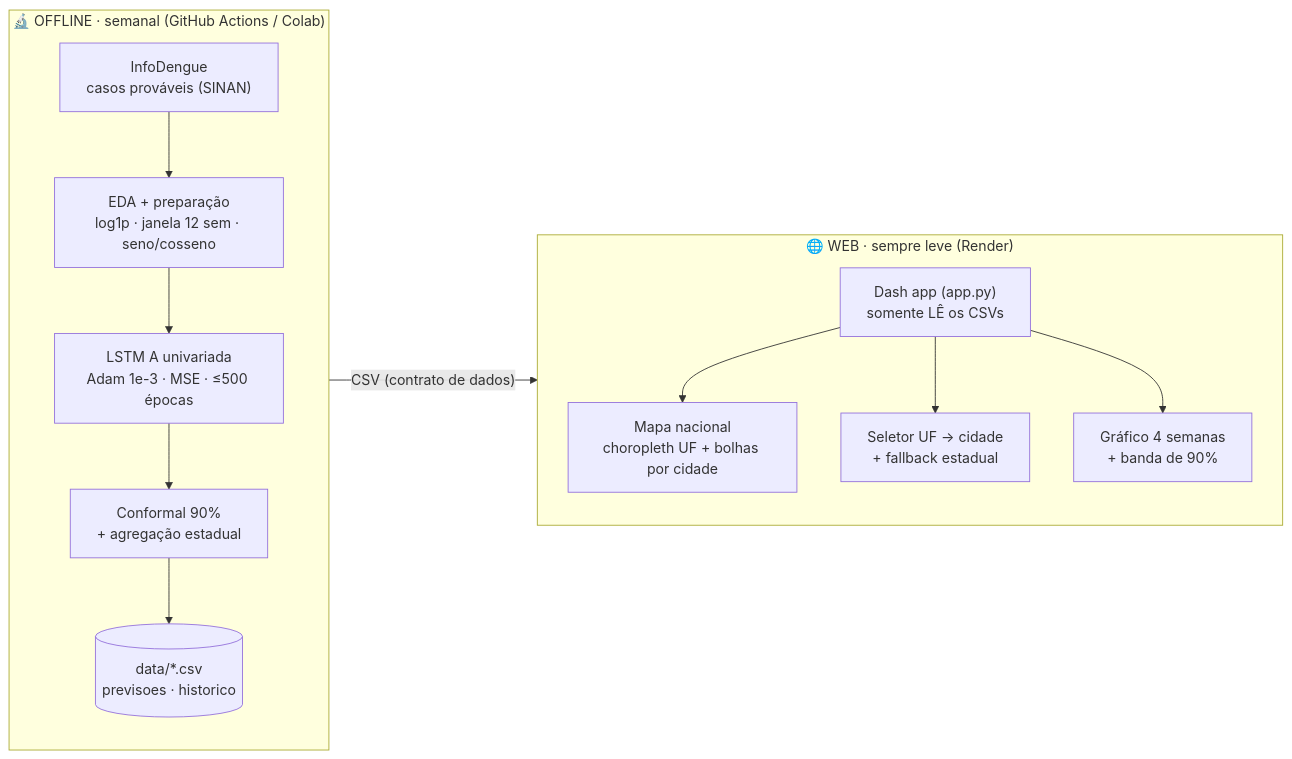
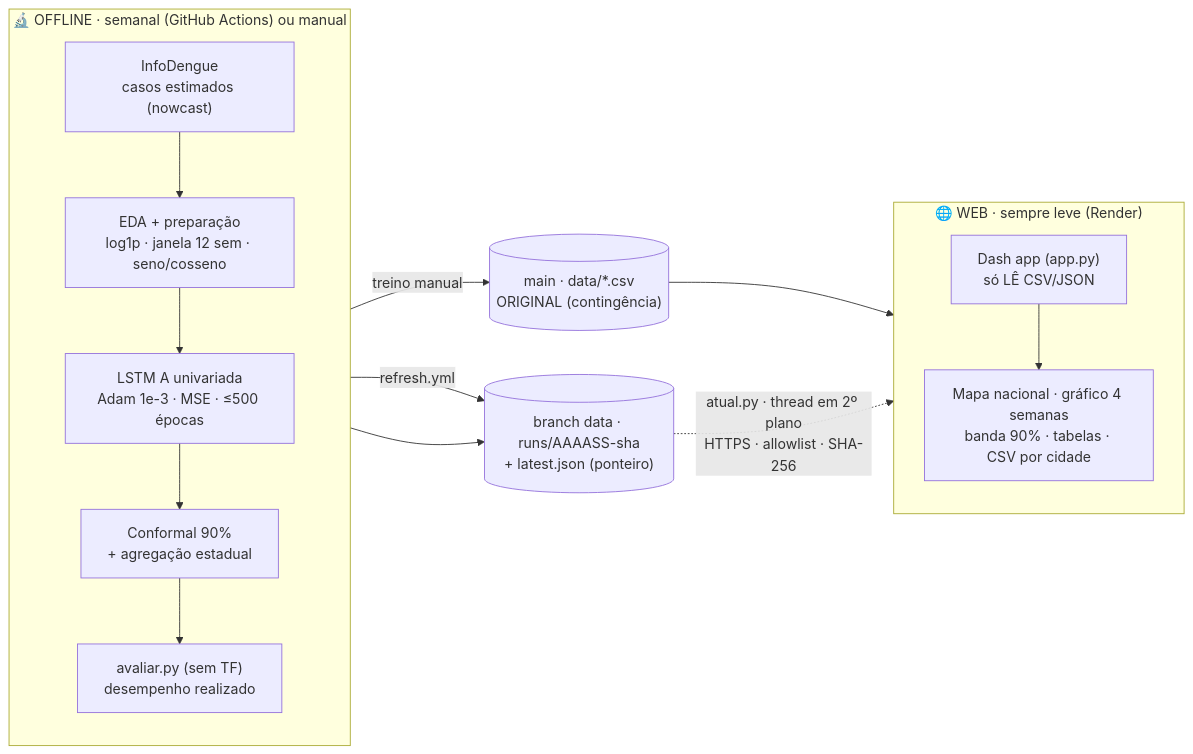
Before and after one commit to fernando-aramis/dengue-lstm-forecast: the first of 2 diagrams in README.md, drawn with Mermaid. The commit also changed other lines of this file and 1 other file, not shown here.

Commit message:
docs: README (duas fontes, limitações, desempenho, operação, roadmap) e CONTEXTO (Fase 4)

````diff
--- a/README.md
+++ b/README.md
@@ -52,17 +54,19 @@
 ```mermaid
 flowchart LR
-    subgraph OFF["🔬 OFFLINE · semanal (GitHub Actions / Colab)"]
+    subgraph OFF["🔬 OFFLINE · semanal (GitHub Actions) ou manual"]
         direction TB
-        A["InfoDengue<br/>casos prováveis (SINAN)"] --> B["EDA + preparação<br/>log1p · janela 12 sem · seno/cosseno"]
+        A["InfoDengue<br/>casos estimados (nowcast)"] --> B["EDA + preparação<br/>log1p · janela 12 sem · seno/cosseno"]
         B --> C["LSTM A univariada<br/>Adam 1e-3 · MSE · ≤500 épocas"]
         C --> D["Conformal 90%<br/>+ agregação estadual"]
-        D --> E[("data/*.csv<br/>previsoes · historico")]
+        D --> EV["avaliar.py (sem TF)<br/>desempenho realizado"]
     end
+    D -->|"treino manual"| E[("main · data/*.csv<br/>ORIGINAL (contingência)")]
+    D -->|"refresh.yml"| DT[("branch data · runs/AAAASS-sha<br/>+ latest.json (ponteiro)")]
+    EV --> DT
     subgraph WEB["🌐 WEB · sempre leve (Render)"]
         direction TB
-        F["Dash app (app.py)<br/>somente LÊ os CSVs"] --> G["Mapa nacional<br/>choropleth UF + bolhas por cidade"]
-        F --> H["Seletor UF → cidade<br/>+ fallback estadual"]
-        F --> I["Gráfico 4 semanas<br/>+ banda de 90%"]
+        F["Dash app (app.py)<br/>só LÊ CSV/JSON"] --> G["Mapa nacional · gráfico 4 semanas<br/>banda 90% · tabelas · CSV por cidade"]
     end
-    E -->|"CSV (contrato de dados)"| F
+    E --> F
+    DT -.->|"atual.py · thread em 2º plano<br/>HTTPS · allowlist · SHA-256"| F
 ```
````
